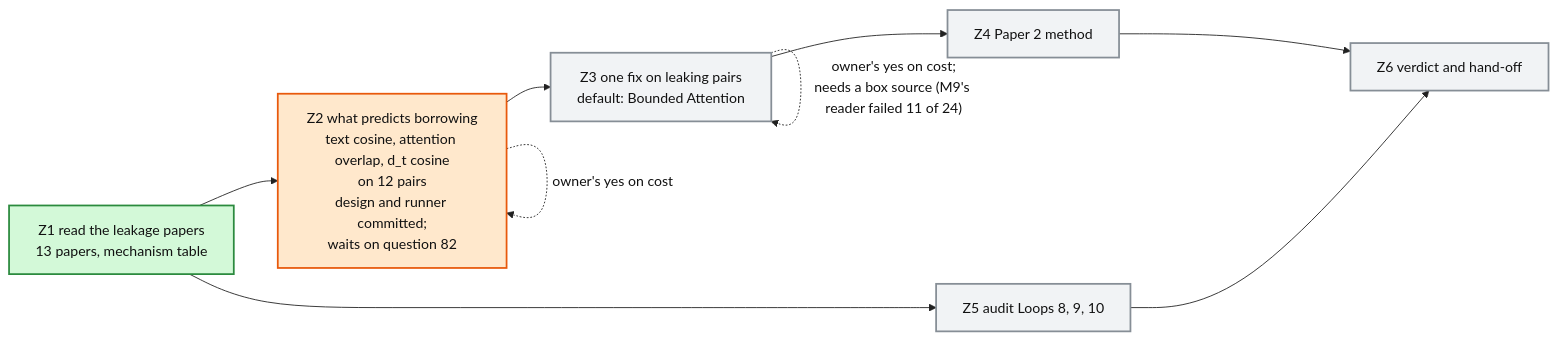
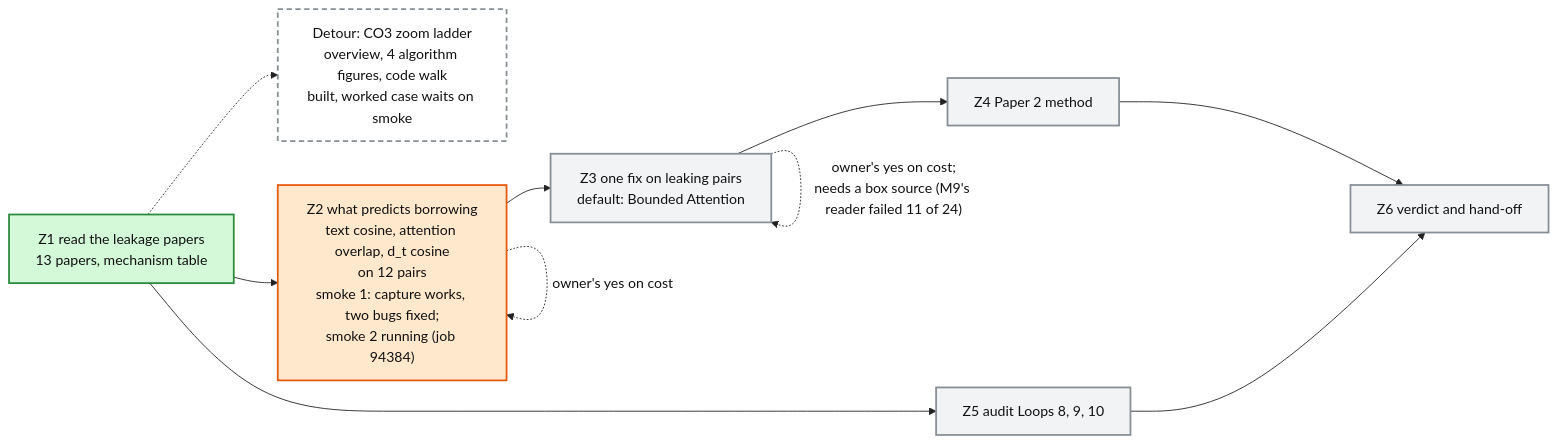
The diagram in artifacts/notes/progress/leakage/loop-12-progress.mmd (mo-rsa24/concept-composition), drawn with Mermaid before and after one commit. The commit also changed 1 other file, not shown here.

Commit message:
Loop 12 map: smoke status and the CO3 ladder detour

```diff
--- a/artifacts/notes/progress/leakage/loop-12-progress.mmd
+++ b/artifacts/notes/progress/leakage/loop-12-progress.mmd
@@ -1,15 +1,18 @@
 %%{init: {'theme': 'base', 'themeVariables': {'fontFamily': 'monospace', 'primaryColor': '#ffffff', 'primaryBorderColor': '#222222', 'primaryTextColor': '#111111', 'lineColor': '#222222'}}}%%
 flowchart LR
   Z1["Z1 read the leakage papers<br/>13 papers, mechanism table"]:::done
-  Z2["Z2 what predicts borrowing<br/>text cosine, attention overlap, d_t cosine<br/>on 12 pairs<br/>design and runner committed;<br/>waits on question 82"]:::doing
+  Z2["Z2 what predicts borrowing<br/>text cosine, attention overlap, d_t cosine<br/>on 12 pairs<br/>smoke 1: capture works, two bugs fixed;<br/>smoke 2 running (job 94384)"]:::doing
   Z3["Z3 one fix on leaking pairs<br/>default: Bounded Attention"]:::todo
   Z4["Z4 Paper 2 method"]:::todo
   Z5["Z5 audit Loops 8, 9, 10"]:::todo
   Z6["Z6 verdict and hand-off"]:::todo
+  LAD["Detour: CO3 zoom ladder<br/>overview, 4 algorithm figures, code walk<br/>built, worked case waits on smoke"]:::detour
+  Z1 -.-> LAD
   Z1 --> Z2 --> Z3 --> Z4 --> Z6
   Z1 --> Z5 --> Z6
   Z2 -. "owner's yes on cost" .-> Z2
   Z3 -. "owner's yes on cost;<br/>needs a box source (M9's reader failed 11 of 24)" .-> Z3
   classDef done fill:#d3f9d8,stroke:#2b8a3e,stroke-width:2px
   classDef doing fill:#ffe8cc,stroke:#e8590c,stroke-width:2px
+  classDef detour fill:#ffffff,stroke:#868e96,stroke-width:2px,stroke-dasharray: 6 4
   classDef todo fill:#f1f3f5,stroke:#868e96,stroke-width:2px
```
